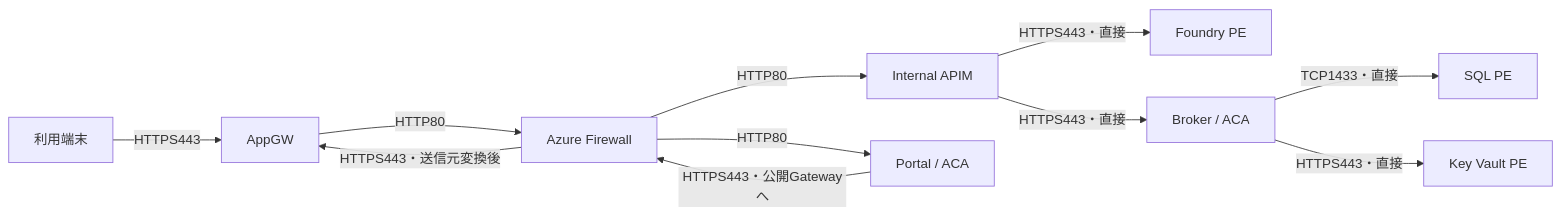
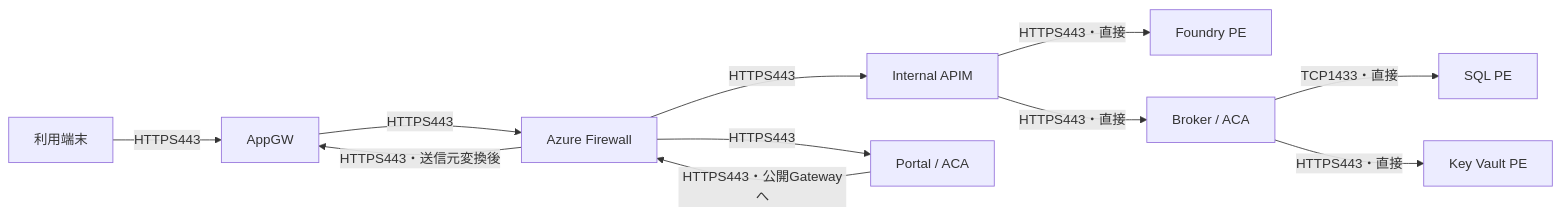
The diagram in docs/reference/network-communication-requirements.md (hrkd83/egakumi), drawn with Mermaid before and after one commit. The commit also changed other lines of this file and 72 other files, not shown here.

First line of the commit message:
Secure App Gateway backend traffic with HTTPS and Firewall inspection (#75)

````diff
--- a/docs/reference/network-communication-requirements.md
+++ b/docs/reference/network-communication-requirements.md
@@ -31,13 +31,13 @@
 ```mermaid
 flowchart LR
     Client[利用端末] -->|HTTPS443| GW[AppGW]
-    GW -->|HTTP80| FW[Azure Firewall]
-    FW -->|HTTP80| APIM[Internal APIM]
-    FW -->|HTTP80| Portal[Portal / ACA]
+    GW -->|HTTPS443| FW[Azure Firewall]
+    FW -->|HTTPS443| APIM[Internal APIM]
+    FW -->|HTTPS443| Portal[Portal / ACA]
     APIM -->|HTTPS443・直接| Foundry[Foundry PE]
     APIM -->|HTTPS443・直接| Broker[Broker / ACA]
     Broker -->|TCP1433・直接| SQL[SQL PE]
     Broker -->|HTTPS443・直接| KV[Key Vault PE]
     Portal -->|HTTPS443・公開Gatewayへ| FW
     FW -->|HTTPS443・送信元変換後| GW
 ```
````
